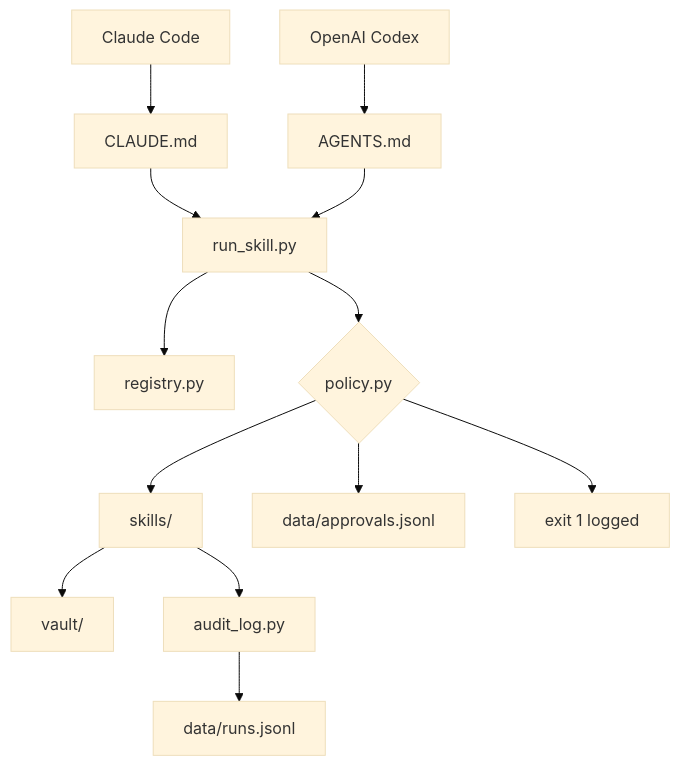
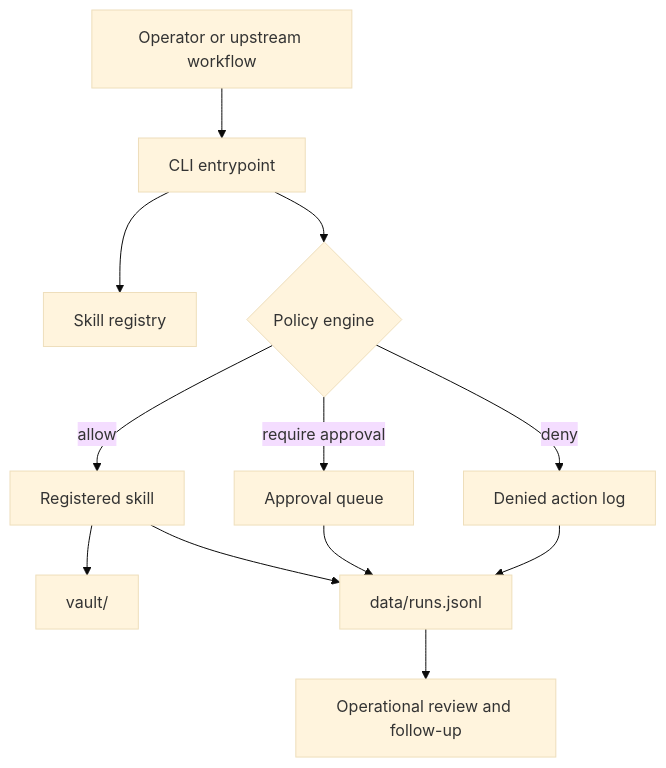
One commit to nicholashidalgo/agentic-os-control-plane changed the diagram in README.md. Above: the diagram before and after it, drawn with Mermaid (base theme). The commit also changed other lines of this file and 32 other files, not shown here.

````diff
--- a/README.md
+++ b/README.md
@@ -162,18 +38,17 @@
 ```mermaid
 flowchart TD
-    CC[Claude Code] --> CLAUDE[CLAUDE.md]
-    CX[OpenAI Codex] --> AGENTS[AGENTS.md]
-    CLAUDE --> RS[run_skill.py]
-    AGENTS --> RS
+    OP["Operator or upstream workflow"] --> CLI["CLI entrypoint"]
+    CLI --> REG["Skill registry"]
+    CLI --> POL{"Policy engine"}
 
-    RS --> REG[registry.py]
-    RS --> POL{"policy.py"}
+    POL -->|allow| SK["Registered skill"]
+    POL -->|require approval| APR["Approval queue"]
+    POL -->|deny| DEN["Denied action log"]
 
-    POL --> SK[skills/]
-    POL --> APR[data/approvals.jsonl]
-    POL --> ERR[exit 1 logged]
+    SK --> VLT["vault/"]
+    SK --> AUD["data/runs.jsonl"]
+    APR --> AUD
+    DEN --> AUD
 
-    SK --> VLT[vault/]
-    SK --> AL[audit_log.py]
-    AL --> RUN[data/runs.jsonl]
+    AUD --> OBS["Operational review and follow-up"]
 ```
````
